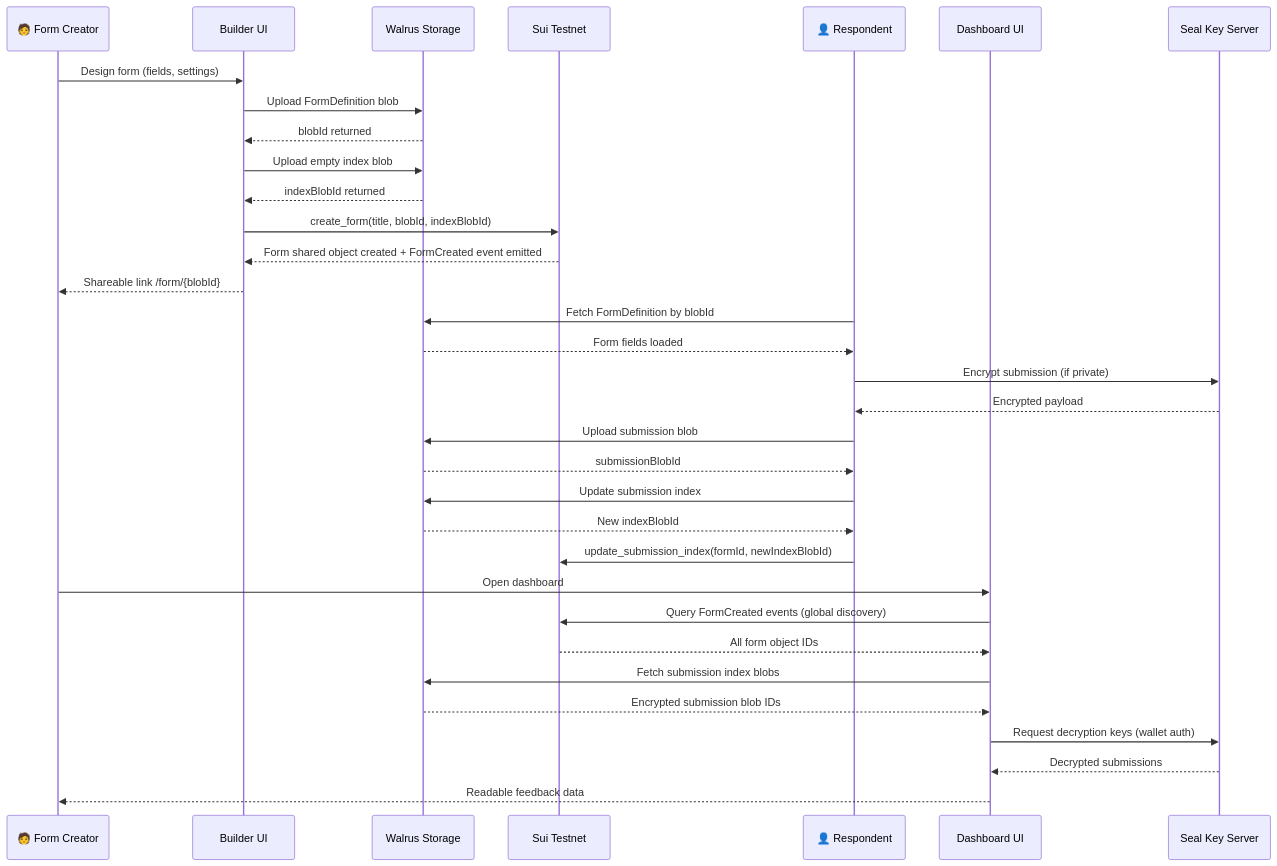
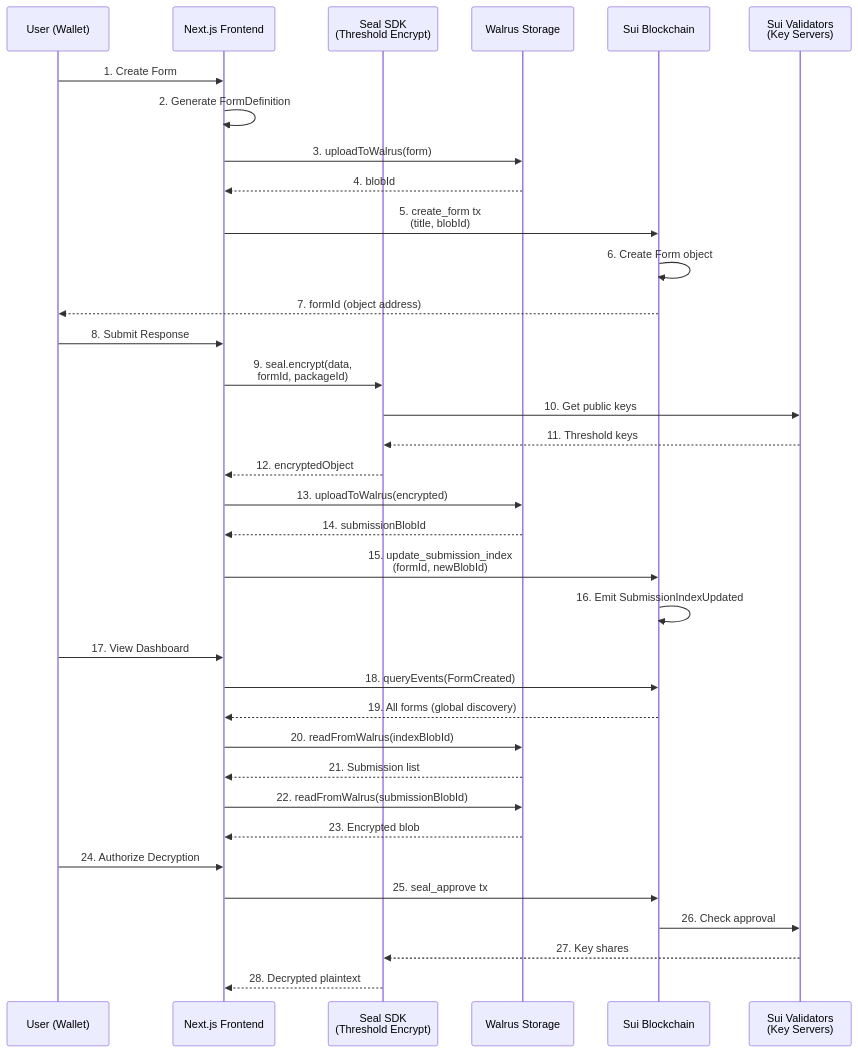
The third of 7 diagrams in README.md (pramadanif/walrusform), drawn with Mermaid before and after one commit. The commit also changed other lines of this file and 1 other file, not shown here.

Commit message:
docs: update documentation diagrams and add new team management functions to smart contract architecture

````diff
--- a/README.md
+++ b/README.md
@@ -140,38 +177,41 @@
 ```mermaid
 sequenceDiagram
-    participant Creator as 🧑 Form Creator
-    participant Builder as Builder UI
+    participant User as User (Wallet)
+    participant Frontend as Next.js Frontend
+    participant Seal as Seal SDK<br/>(Threshold Encrypt)
     participant Walrus as Walrus Storage
-    participant Sui as Sui Testnet
-    participant Respondent as 👤 Respondent
-    participant Dashboard as Dashboard UI
-    participant Seal as Seal Key Server
+    participant Sui as Sui Blockchain
+    participant Validators as Sui Validators<br/>(Key Servers)
 
-    Creator->>Builder: Design form (fields, settings)
-    Builder->>Walrus: Upload FormDefinition blob
-    Walrus-->>Builder: blobId returned
-    Builder->>Walrus: Upload empty index blob
-    Walrus-->>Builder: indexBlobId returned
-    Builder->>Sui: create_form(title, blobId, indexBlobId)
-    Sui-->>Builder: Form shared object created + FormCreated event emitted
-    Builder-->>Creator: Shareable link /form/{blobId}
-
-    Respondent->>Walrus: Fetch FormDefinition by blobId
-    Walrus-->>Respondent: Form fields loaded
-    Respondent->>Seal: Encrypt submission (if private)
-    Seal-->>Respondent: Encrypted payload
-    Respondent->>Walrus: Upload submission blob
-    Walrus-->>Respondent: submissionBlobId
-    Respondent->>Walrus: Update submission index
-    Walrus-->>Respondent: New indexBlobId
-    Respondent->>Sui: update_submission_index(formId, newIndexBlobId)
-
-    Creator->>Dashboard: Open dashboard
-    Dashboard->>Sui: Query FormCreated events (global discovery)
-    Sui-->>Dashboard: All form object IDs
-    Dashboard->>Walrus: Fetch submission index blobs
-    Walrus-->>Dashboard: Encrypted submission blob IDs
-    Dashboard->>Seal: Request decryption keys (wallet auth)
-    Seal-->>Dashboard: Decrypted submissions
-    Dashboard-->>Creator: Readable feedback data
+    User->>Frontend: 1. Create Form
+    Frontend->>Frontend: 2. Generate FormDefinition
+    Frontend->>Walrus: 3. uploadToWalrus(form)
+    Walrus-->>Frontend: 4. blobId
+    Frontend->>Sui: 5. create_form tx<br/>(title, blobId)
+    Sui->>Sui: 6. Create Form object
+    Sui-->>User: 7. formId (object address)
+    
+    User->>Frontend: 8. Submit Response
+    Frontend->>Seal: 9. seal.encrypt(data,<br/>formId, packageId)
+    Seal->>Validators: 10. Get public keys
+    Validators-->>Seal: 11. Threshold keys
+    Seal-->>Frontend: 12. encryptedObject
+    Frontend->>Walrus: 13. uploadToWalrus(encrypted)
+    Walrus-->>Frontend: 14. submissionBlobId
+    Frontend->>Sui: 15. update_submission_index<br/>(formId, newBlobId)
+    Sui->>Sui: 16. Emit SubmissionIndexUpdated
+    
+    User->>Frontend: 17. View Dashboard
+    Frontend->>Sui: 18. queryEvents(FormCreated)
+    Sui-->>Frontend: 19. All forms (global discovery)
+    Frontend->>Walrus: 20. readFromWalrus(indexBlobId)
+    Walrus-->>Frontend: 21. Submission list
+    Frontend->>Walrus: 22. readFromWalrus(submissionBlobId)
+    Walrus-->>Frontend: 23. Encrypted blob
+    
+    User->>Frontend: 24. Authorize Decryption
+    Frontend->>Sui: 25. seal_approve tx
+    Sui->>Validators: 26. Check approval
+    Validators-->>Seal: 27. Key shares
+    Seal-->>Frontend: 28. Decrypted plaintext
 ```
````
